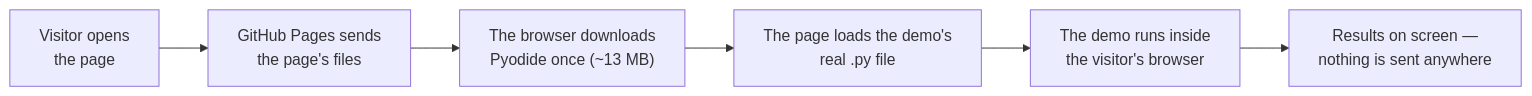
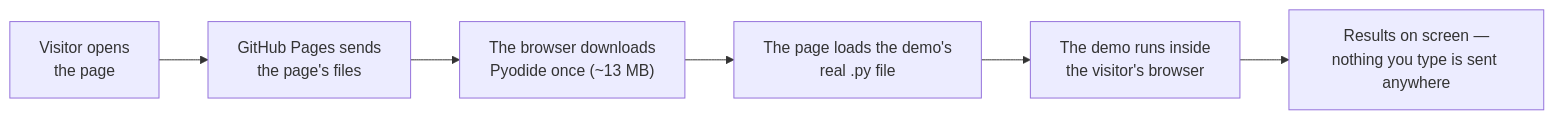
Before and after one commit to khadir-syed/k_ai-basics: the diagram in web/README.md, drawn with Mermaid. The commit also changed other lines of this file and 14 other files, not shown here.

````diff
--- a/web/README.md
+++ b/web/README.md
@@ -77,8 +77,8 @@
 ```mermaid
 flowchart LR
     V["Visitor opens\nthe page"] --> G["GitHub Pages sends\nthe page's files"]
     G --> P["The browser downloads\nPyodide once (~13 MB)"]
     P --> R["The page loads the demo's\nreal .py file"]
     R --> O["The demo runs inside\nthe visitor's browser"]
-    O --> S["Results on screen —\nnothing is sent anywhere"]
+    O --> S["Results on screen —\nnothing you type is sent anywhere"]
 ```
````
